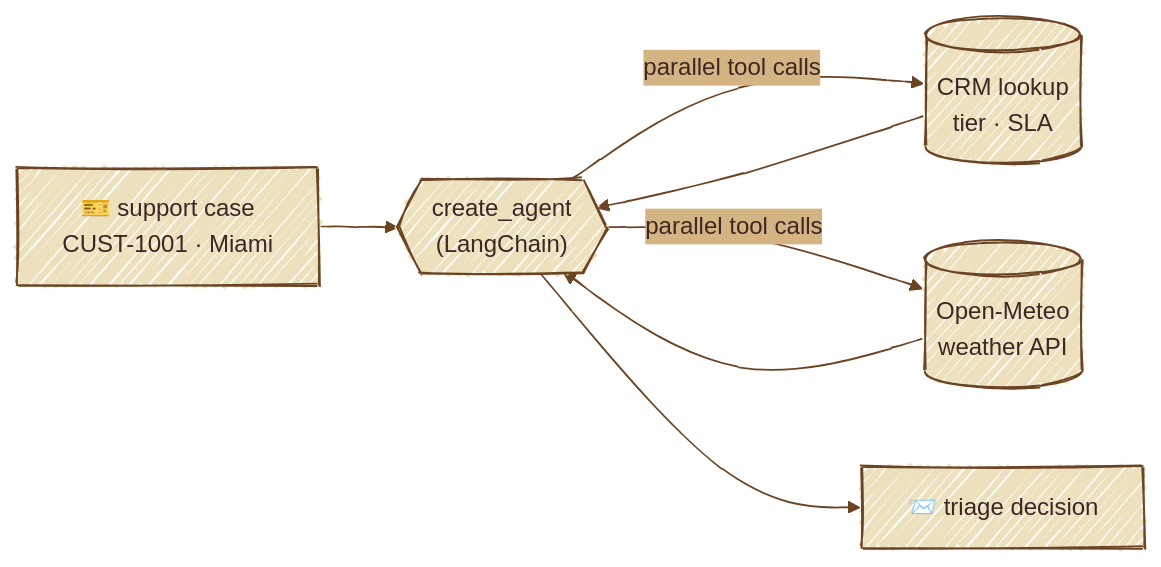
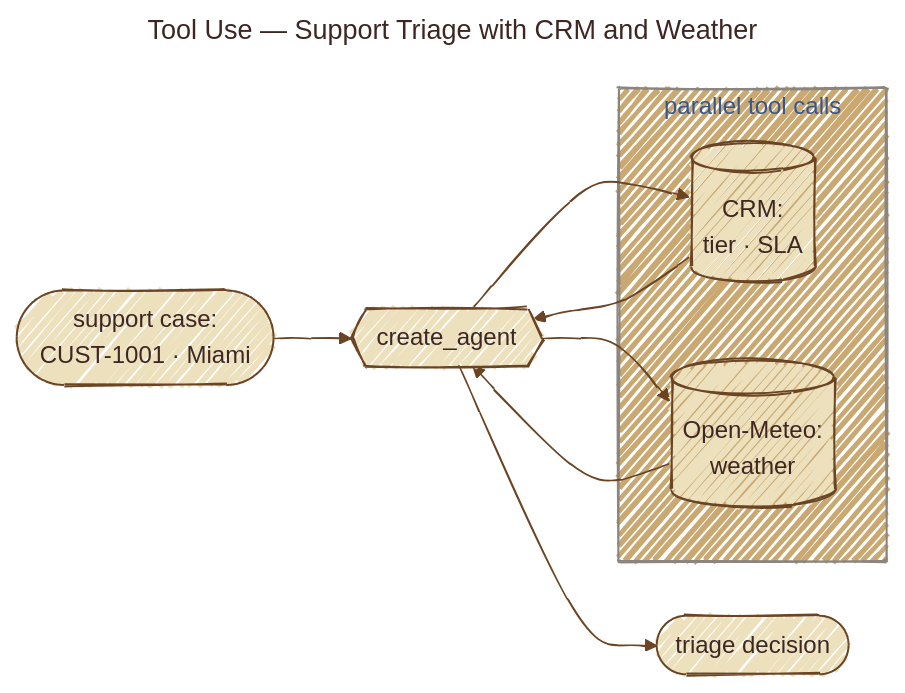
The fifth of 29 diagrams in README.md (gtesei/agentic_design_patterns), drawn with Mermaid before and after one commit. The commit also changed other lines of this file, not shown here.

Commit message:
docs(1_prompt_chain): add Mermaid diagram of the spec→JSON chain

````diff
--- a/README.md
+++ b/README.md
@@ -359,15 +395,21 @@
 ```mermaid
+---
+title: Tool Use — Support Triage with CRM and Weather
+---
 %%{init: {'look':'handDrawn','theme':'base','themeVariables':{'background':'#f5ecd9','primaryColor':'#ede0bd','primaryBorderColor':'#6b4423','primaryTextColor':'#3e2723','lineColor':'#6b4423','secondaryColor':'#d4b483','tertiaryColor':'#c9a872','fontFamily':'Caveat, Patrick Hand, cursive'}}}%%
 flowchart LR
-    Case["🎫 support case<br/>CUST-1001 · Miami"]
-    Agent{{"create_agent<br/>(LangChain)"}}
-    CRM[("CRM lookup<br/>tier · SLA")]
-    Wx[("Open-Meteo<br/>weather API")]
-    Resp["📨 triage decision"]
+    Case([support case:<br/>CUST-1001 · Miami])
+    Resp([triage decision])
+
+    Agent{{create_agent}}
+
+    subgraph tools ["parallel tool calls"]
+        CRM[(CRM:<br/>tier · SLA)]
+        Wx[(Open-Meteo:<br/>weather)]
+    end
+
     Case --> Agent
-    Agent -- "parallel tool calls" --> CRM
-    Agent -- "parallel tool calls" --> Wx
-    CRM --> Agent
-    Wx --> Agent
+    Agent --> CRM & Wx
+    CRM & Wx --> Agent
     Agent --> Resp
 ```
````
